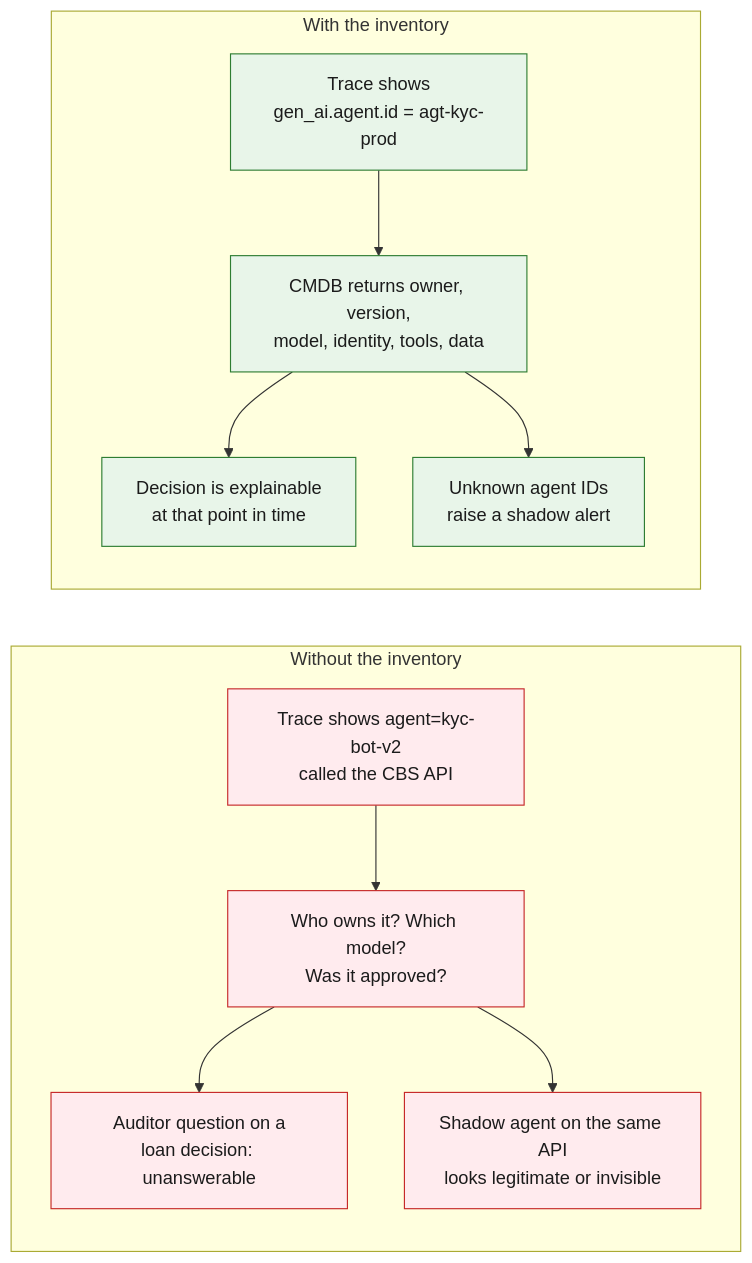
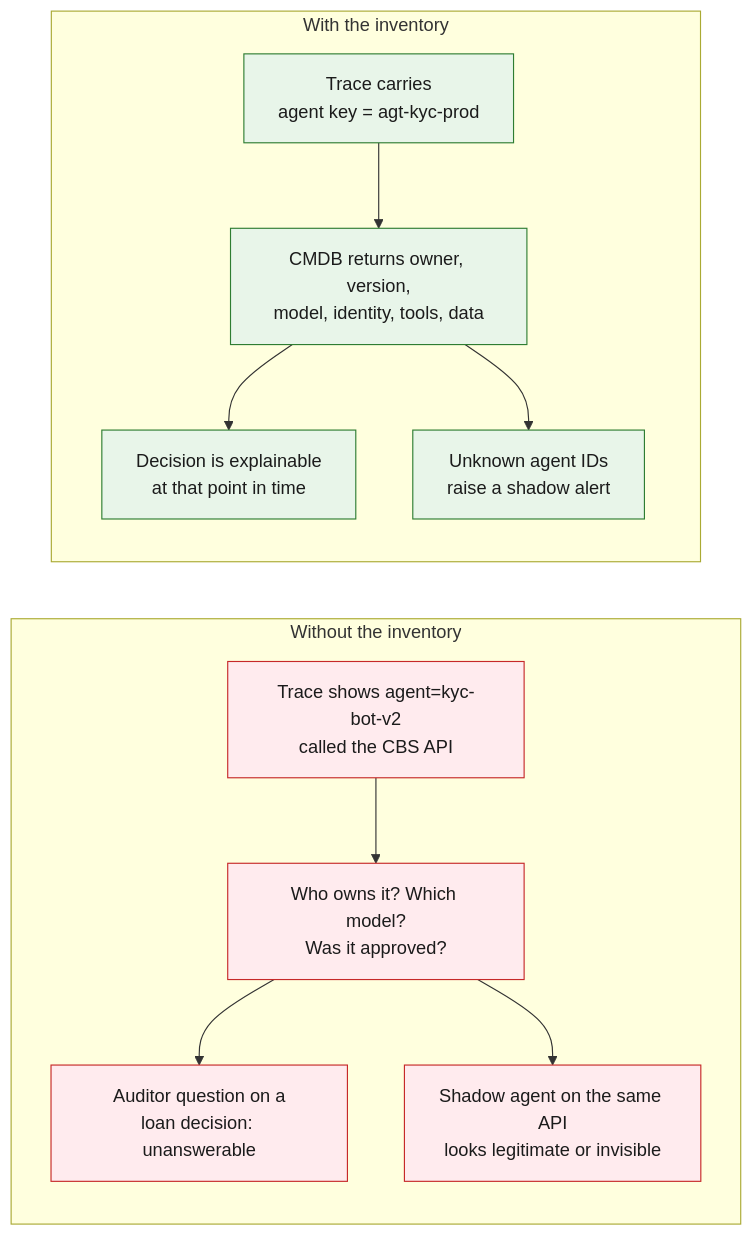
The second of 3 diagrams in docs/01-why-inventory.md (r0hitpilla/Agentic-AI), drawn with Mermaid before and after one commit. The commit also changed other lines of this file and 31 other files, not shown here.

````diff
--- a/docs/01-why-inventory.md
+++ b/docs/01-why-inventory.md
@@ -31,27 +31,27 @@
 ```mermaid
 flowchart LR
     subgraph WITHOUT["Without the inventory"]
         direction TB
         X1["Trace shows agent=kyc-bot-v2<br/>called the CBS API"]
         X2["Who owns it? Which model?<br/>Was it approved?"]
         X3["Auditor question on a<br/>loan decision: unanswerable"]
         X4["Shadow agent on the same API<br/>looks legitimate or invisible"]
         X1 --> X2 --> X3
         X2 --> X4
     end
 
     subgraph WITH["With the inventory"]
         direction TB
-        Y1["Trace shows<br/>gen_ai.agent.id = agt-kyc-prod"]
+        Y1["Trace carries<br/>agent key = agt-kyc-prod"]
         Y2["CMDB returns owner, version,<br/>model, identity, tools, data"]
         Y3["Decision is explainable<br/>at that point in time"]
         Y4["Unknown agent IDs<br/>raise a shadow alert"]
         Y1 --> Y2 --> Y3
         Y2 --> Y4
     end
 
     classDef bad fill:#ffebee,stroke:#c62828,color:#1b1b1b
     classDef good fill:#e8f5e9,stroke:#2e7d32,color:#1b1b1b
     class X1,X2,X3,X4 bad
     class Y1,Y2,Y3,Y4 good
 ```
````
